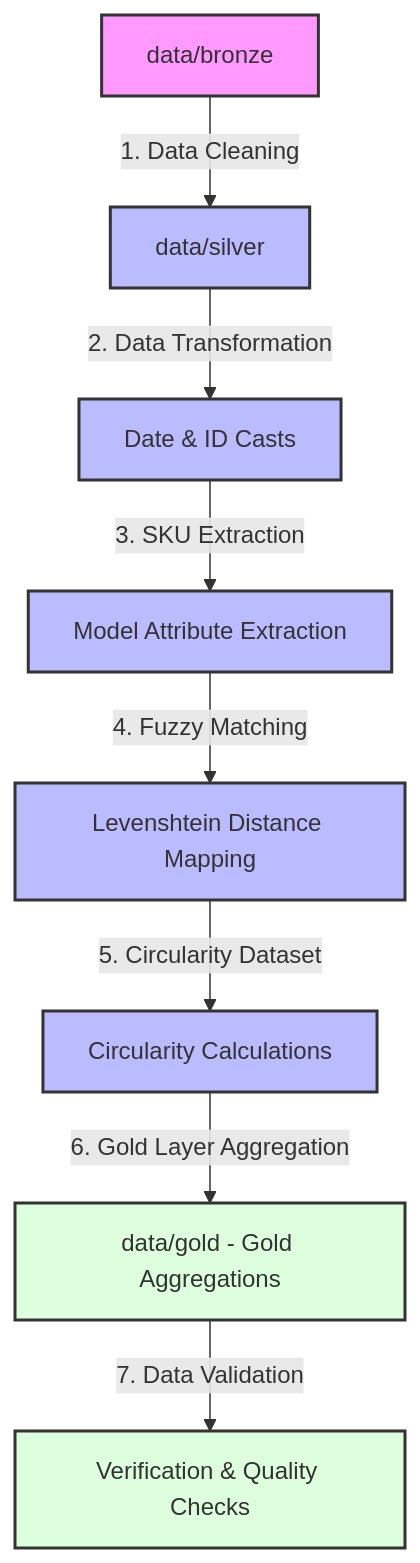
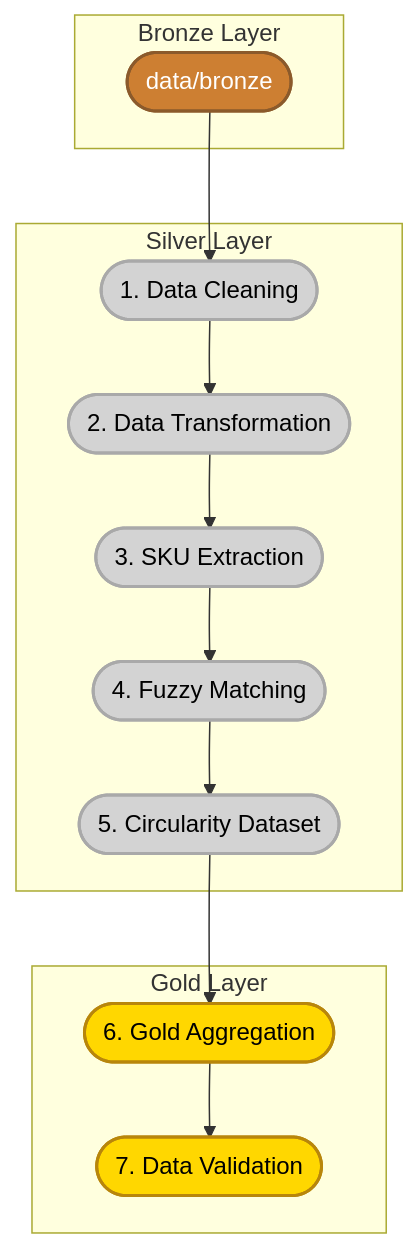
The diagram in README.md (sree-blip/echochain-circular-economy), drawn with Mermaid before and after one commit.

Commit message:
README.md file update

````diff
--- a/README.md
+++ b/README.md
@@ -11,18 +11,28 @@
 ```mermaid
 graph TD
-    classDef bronze fill:#f9f,stroke:#333,stroke-width:2px;
-    classDef silver fill:#bbf,stroke:#333,stroke-width:2px;
-    classDef gold fill:#dfd,stroke:#333,stroke-width:2px;
-    
-    A[data/bronze] -->|1. Data Cleaning| B[data/silver]
-    B -->|2. Data Transformation| C[Date & ID Casts]
-    C -->|3. SKU Extraction| D[Model Attribute Extraction]
-    D -->|4. Fuzzy Matching| E[Levenshtein Distance Mapping]
-    E -->|5. Circularity Dataset| F[Circularity Calculations]
-    F -->|6. Gold Layer Aggregation| G[data/gold - Gold Aggregations]
-    G -->|7. Data Validation| H[Verification & Quality Checks]
-    
+    classDef bronze fill:#CD7F32,stroke:#8B5A2B,stroke-width:2px,color:#fff;
+    classDef silver fill:#d3d3d3,stroke:#a9a9a9,stroke-width:2px,color:#000;
+    classDef gold fill:#ffd700,stroke:#b8860b,stroke-width:2px,color:#000;
+
+    subgraph Bronze Layer
+        A([data/bronze])
+    end
+
+    subgraph Silver Layer
+        B([1. Data Cleaning]) --> C([2. Data Transformation])
+        C --> D([3. SKU Extraction])
+        D --> E([4. Fuzzy Matching])
+        E --> F([5. Circularity Dataset])
+    end
+
+    subgraph Gold Layer
+        G([6. Gold Aggregation]) --> H([7. Data Validation])
+    end
+
+    A --> B
+    F --> G
+
     class A bronze;
     class B,C,D,E,F silver;
     class G,H gold;
 ```
````
